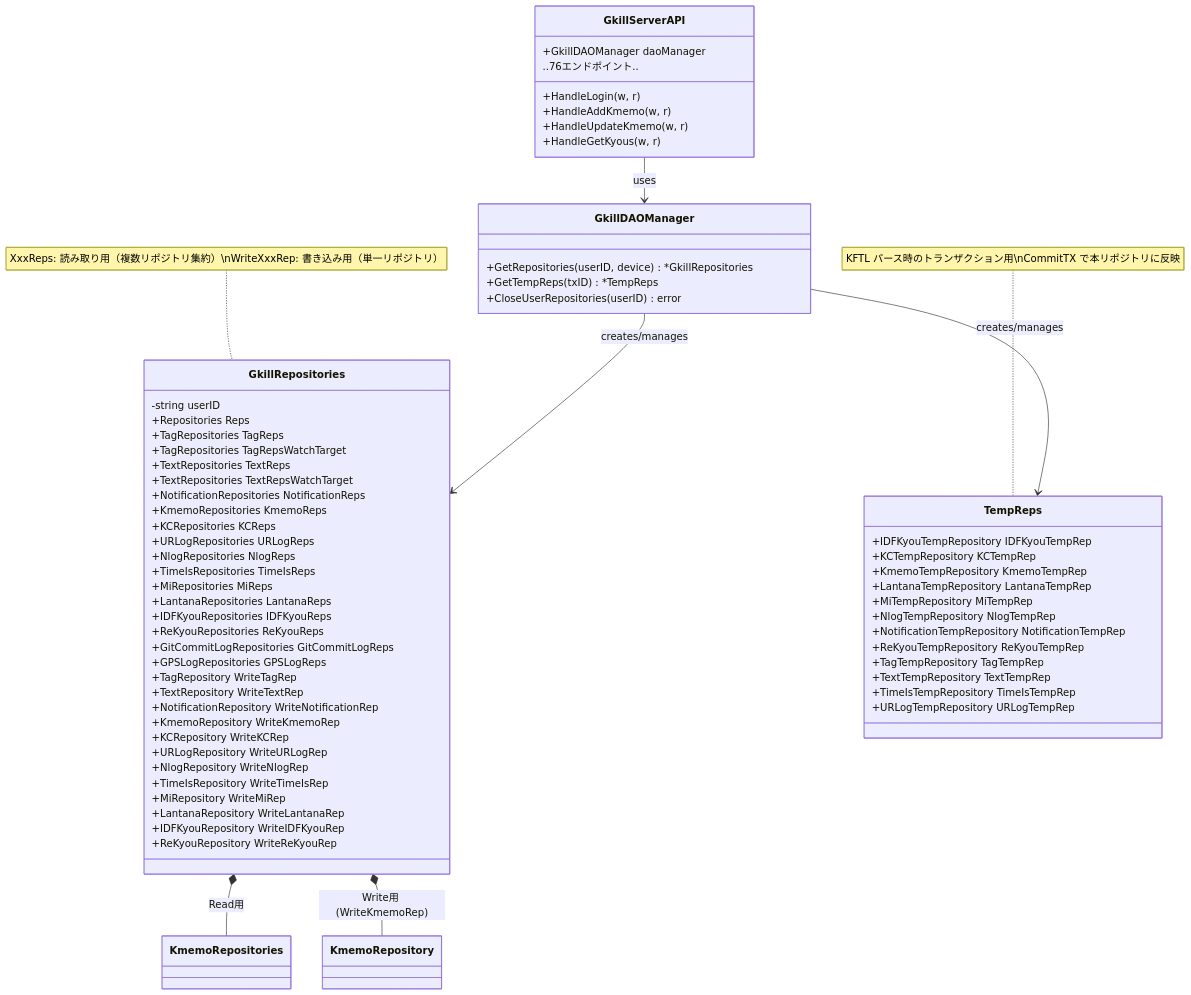
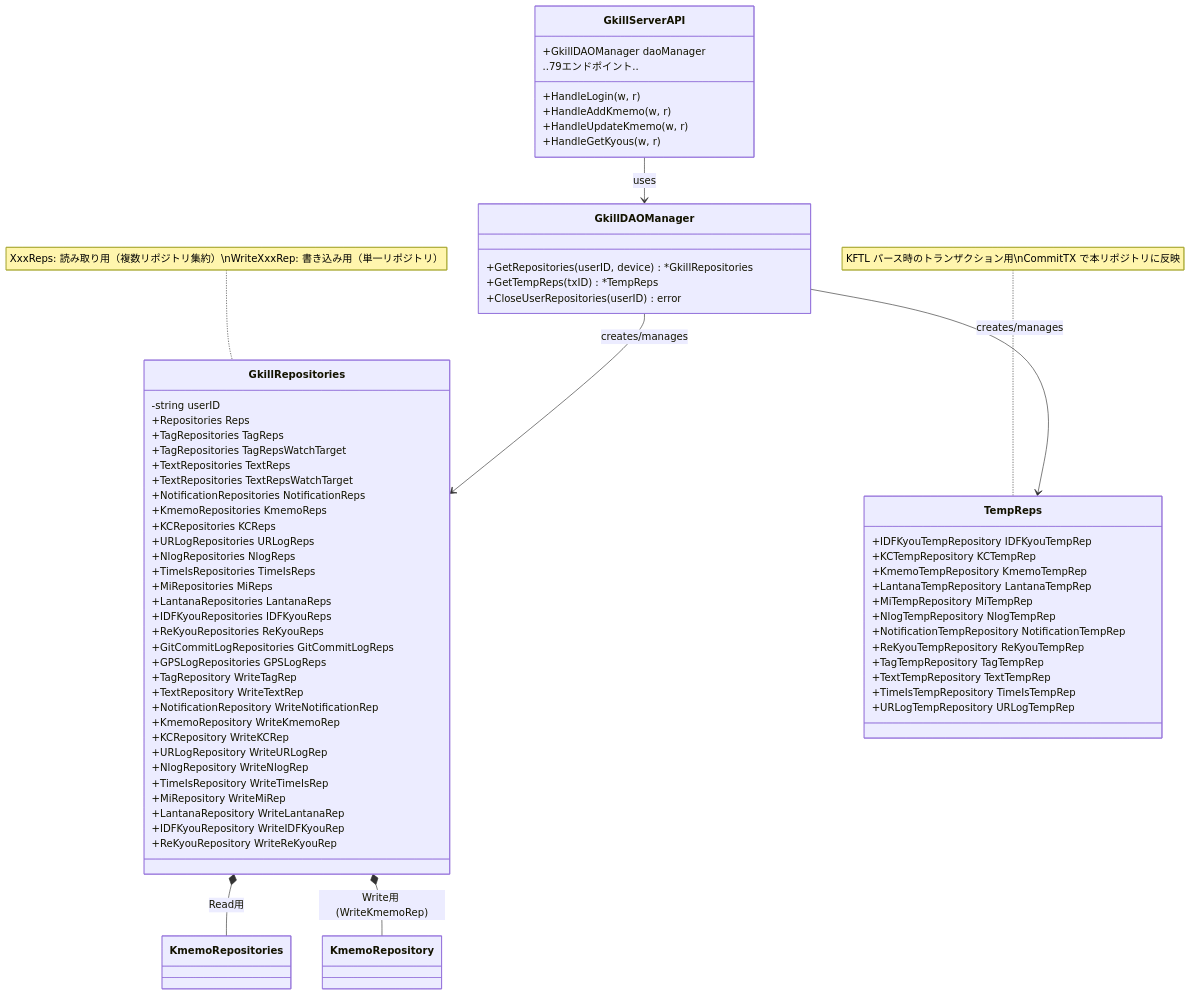
The third of 6 diagrams in documents/reverse/class-diagrams.md (mt3hr/gkill), drawn with Mermaid before and after one commit. The commit also changed other lines of this file and 24 other files, not shown here.

````diff
--- a/documents/reverse/class-diagrams.md
+++ b/documents/reverse/class-diagrams.md
@@ -280,74 +284,74 @@
 ```mermaid
 classDiagram
     class GkillRepositories {
         -string userID
         +Repositories Reps
         +TagRepositories TagReps
         +TagRepositories TagRepsWatchTarget
         +TextRepositories TextReps
         +TextRepositories TextRepsWatchTarget
         +NotificationRepositories NotificationReps
         +KmemoRepositories KmemoReps
         +KCRepositories KCReps
         +URLogRepositories URLogReps
         +NlogRepositories NlogReps
         +TimeIsRepositories TimeIsReps
         +MiRepositories MiReps
         +LantanaRepositories LantanaReps
         +IDFKyouRepositories IDFKyouReps
         +ReKyouRepositories ReKyouReps
         +GitCommitLogRepositories GitCommitLogReps
         +GPSLogRepositories GPSLogReps
         +TagRepository WriteTagRep
         +TextRepository WriteTextRep
         +NotificationRepository WriteNotificationRep
         +KmemoRepository WriteKmemoRep
         +KCRepository WriteKCRep
         +URLogRepository WriteURLogRep
         +NlogRepository WriteNlogRep
         +TimeIsRepository WriteTimeIsRep
         +MiRepository WriteMiRep
         +LantanaRepository WriteLantanaRep
         +IDFKyouRepository WriteIDFKyouRep
         +ReKyouRepository WriteReKyouRep
     }
 
     class TempReps {
         +IDFKyouTempRepository IDFKyouTempRep
         +KCTempRepository KCTempRep
         +KmemoTempRepository KmemoTempRep
         +LantanaTempRepository LantanaTempRep
         +MiTempRepository MiTempRep
         +NlogTempRepository NlogTempRep
         +NotificationTempRepository NotificationTempRep
         +ReKyouTempRepository ReKyouTempRep
         +TagTempRepository TagTempRep
         +TextTempRepository TextTempRep
         +TimeIsTempRepository TimeIsTempRep
         +URLogTempRepository URLogTempRep
     }
 
     class GkillDAOManager {
         +GetRepositories(userID, device) *GkillRepositories
         +GetTempReps(txID) *TempReps
         +CloseUserRepositories(userID) error
     }
 
     class GkillServerAPI {
         +GkillDAOManager daoManager
         +HandleLogin(w, r)
         +HandleAddKmemo(w, r)
         +HandleUpdateKmemo(w, r)
         +HandleGetKyous(w, r)
-        ..76エンドポイント..
+        ..79エンドポイント..
     }
 
     GkillServerAPI --> GkillDAOManager : uses
     GkillDAOManager --> GkillRepositories : creates/manages
     GkillDAOManager --> TempReps : creates/manages
     GkillRepositories *-- KmemoRepositories : Read用
     GkillRepositories *-- KmemoRepository : Write用 (WriteKmemoRep)
 
     note for GkillRepositories "XxxReps: 読み取り用（複数リポジトリ集約）\nWriteXxxRep: 書き込み用（単一リポジトリ）"
     note for TempReps "KFTL パース時のトランザクション用\nCommitTX で本リポジトリに反映"
 ```
````
